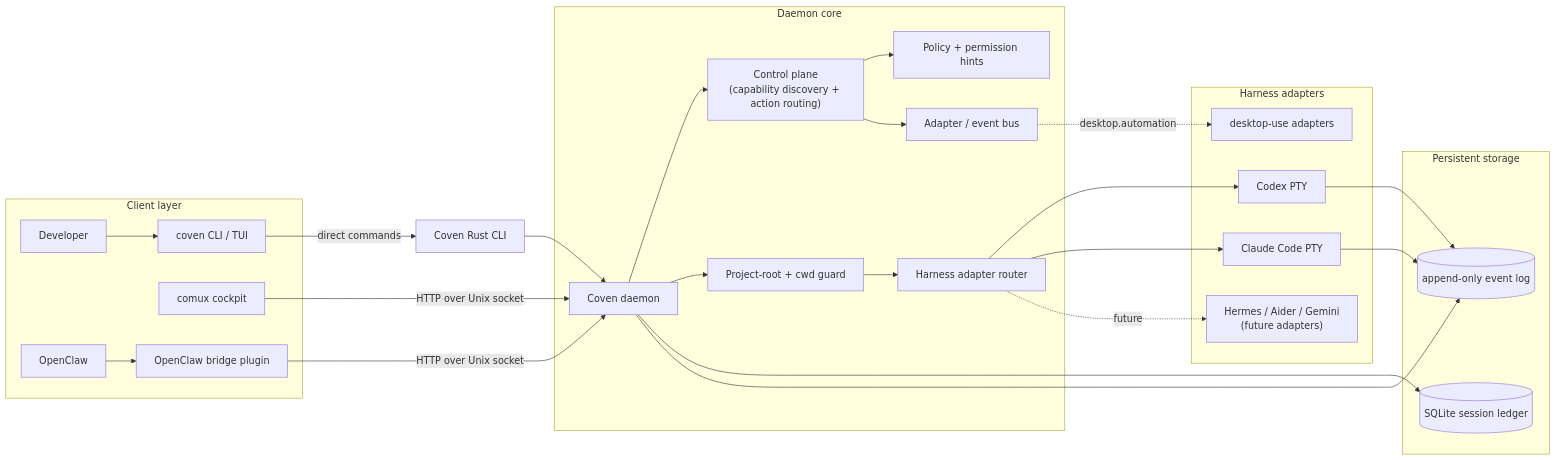
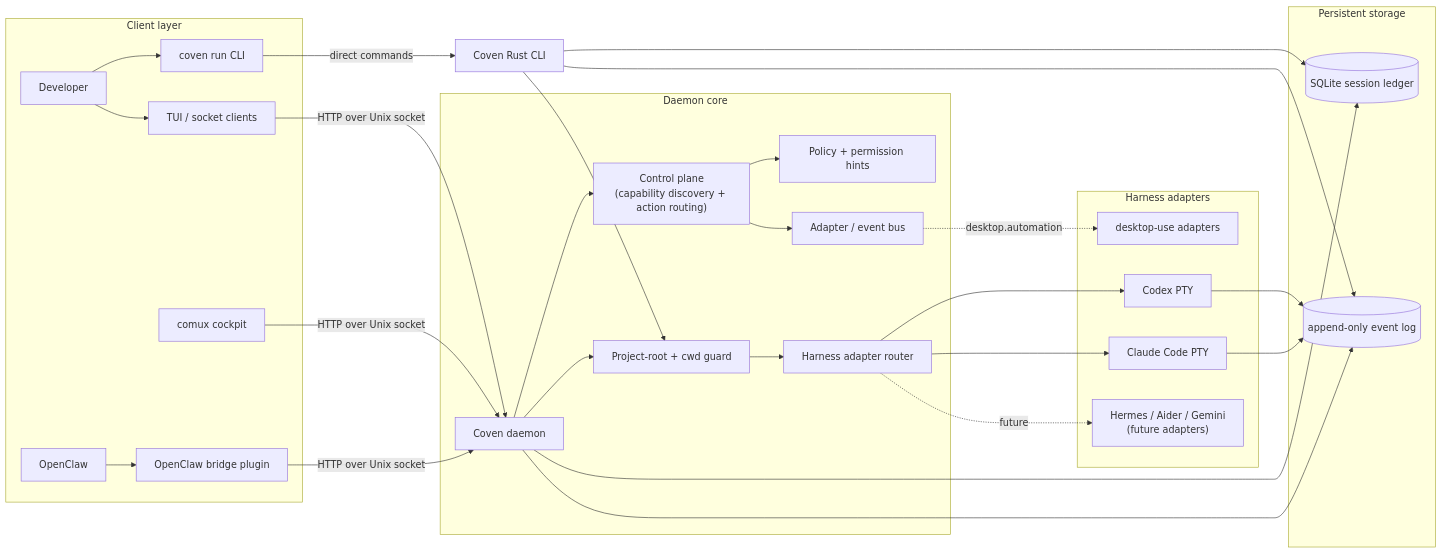
One commit to CompleteDotTech/coven changed the first of 3 diagrams in docs/ARCHITECTURE.md. Above: the diagram before and after it, drawn with Mermaid. The commit also changed other lines of this file and 13 other files, not shown here.

````diff
--- a/docs/ARCHITECTURE.md
+++ b/docs/ARCHITECTURE.md
@@ -22,55 +22,60 @@
 ```mermaid
 flowchart LR
   subgraph Clients["Client layer"]
     User[Developer]
-    CLI["coven CLI / TUI"]
+    CLI["coven run CLI"]
+    SocketClients["TUI / socket clients"]
     Comux["comux cockpit"]
     OpenClaw[OpenClaw]
     Plugin["OpenClaw bridge plugin"]
   end
 
   subgraph DaemonCore["Daemon core"]
     Daemon[Coven daemon]
     Control["Control plane\n(capability discovery + action routing)"]
     Policy["Policy + permission hints"]
     AdapterBus["Adapter / event bus"]
     Boundary["Project-root + cwd guard"]
     HarnessRouter["Harness adapter router"]
   end
 
   subgraph Adapters["Harness adapters"]
     Codex["Codex PTY"]
     Claude["Claude Code PTY"]
     DesktopUse["desktop-use adapters"]
     Future["Hermes / Aider / Gemini\n(future adapters)"]
   end
 
   subgraph Storage["Persistent storage"]
     Store[(SQLite session ledger)]
     Events[(append-only event log)]
   end
 
   User --> CLI
   CLI -->|direct commands| Rust["Coven Rust CLI"]
-  Rust --> Daemon
+  Rust --> Boundary
+  Rust --> Store
+  Rust --> Events
 
+  User --> SocketClients
+  SocketClients -->|"HTTP over Unix socket"| Daemon
   Comux -->|"HTTP over Unix socket"| Daemon
   OpenClaw --> Plugin
   Plugin -->|"HTTP over Unix socket"| Daemon
 
   Daemon --> Control
   Control --> Policy
   Control --> AdapterBus
   AdapterBus -.->|desktop.automation| DesktopUse
 
   Daemon --> Boundary
   Boundary --> HarnessRouter
   HarnessRouter --> Codex
   HarnessRouter --> Claude
   HarnessRouter -.->|future| Future
 
   Daemon --> Store
   Daemon --> Events
   Codex --> Events
   Claude --> Events
 ```
````
